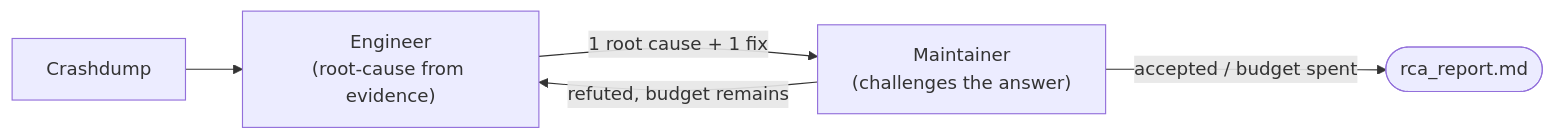
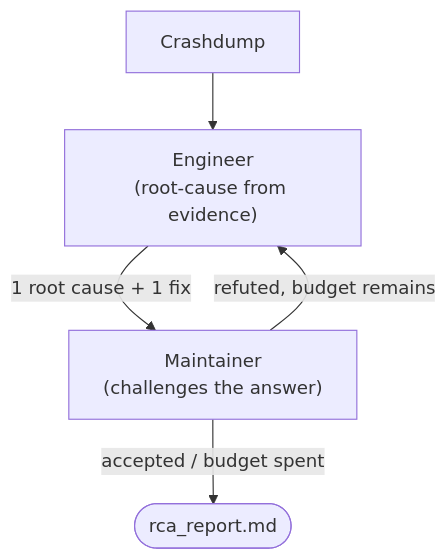
One commit to qualcomm/PatchWise changed the second of 2 diagrams in README.md. Above: the diagram before and after it, drawn with Mermaid. The commit also changed other lines of this file, not shown here.

````diff
--- a/README.md
+++ b/README.md
@@ -176,7 +186,7 @@
 ```mermaid
-flowchart LR
+flowchart TD
     A["Crashdump"] --> B["Engineer\n(root-cause from evidence)"]
     B -->|"1 root cause + 1 fix"| C["Maintainer\n(challenges the answer)"]
     C -->|refuted, budget remains| B
     C -->|accepted / budget spent| D(["rca_report.md"])
 ```
````
